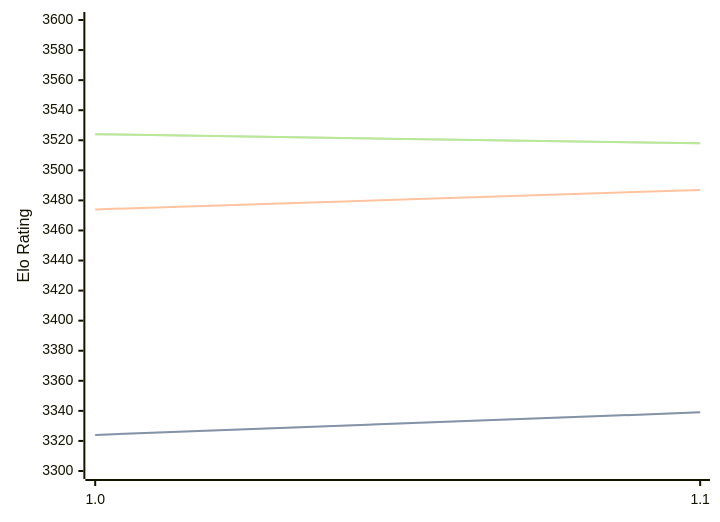
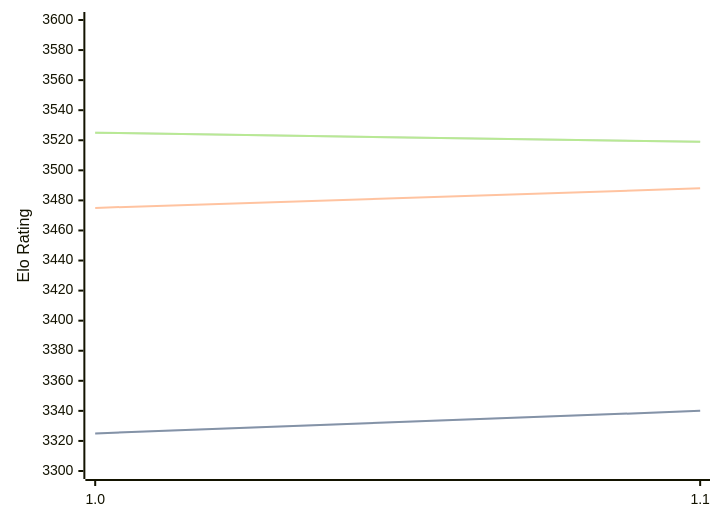
Before and after one commit to computer-chess-index/cci: the diagram in engines/Horsie.md, drawn with Mermaid. The commit also changed other lines of this file, not shown here.

Commit message:
Update CCI Ratings (ELO VLTC) - 2026-08-15

````diff
--- a/engines/Horsie.md
+++ b/engines/Horsie.md
@@ -32,11 +32,11 @@
 ```mermaid
 %%{init: {"theme":"base","themeVariables":{"seriesColors:['#a3a3a3','#222221','#faa371']}}}%%
 xychart-beta
   x-axis ["1.0", "1.1"]
   y-axis "Elo Rating" 3300 --> 3600
-  line "STC (8.0+0.08s)" [3324, 3339]
-  line "STC (8.0+0.08s)" [3324, 3339]
-  line "LTC (60.0+0.60s)" [3474, 3487]
-  line "VLTC (2m24s+1.12s)" [3524, 3518]
-  line "VLTC (2m24s+1.12s)" [3524, 3518]
+  line "STC (8.0+0.08s)" [3325, 3340]
+  line "STC (8.0+0.08s)" [3325, 3340]
+  line "LTC (60.0+0.60s)" [3475, 3488]
+  line "VLTC (2m24s+1.12s)" [3525, 3519]
+  line "VLTC (2m24s+1.12s)" [3525, 3519]
 ```
````
